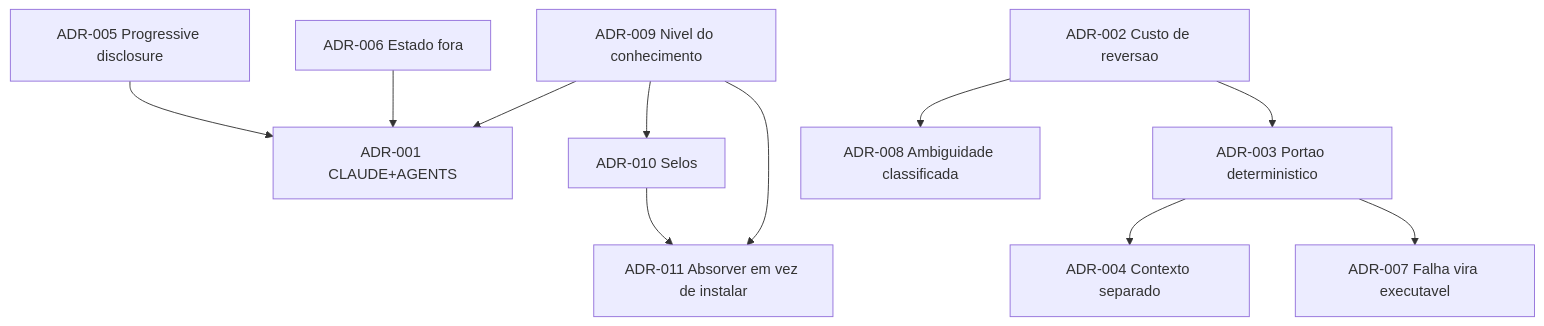
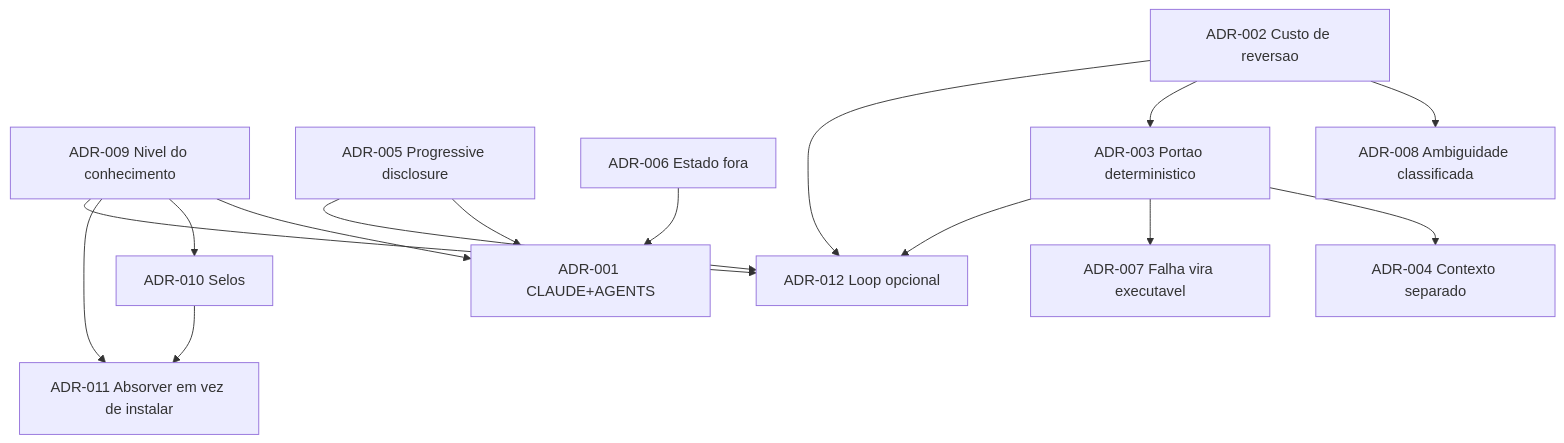
One commit to Brian5m1th/agent-foundation-kit changed the diagram in kb/11-adrs.md. Above: the diagram before and after it, drawn with Mermaid. The commit also changed other lines of this file and 53 other files, not shown here.

````diff
--- a/kb/11-adrs.md
+++ b/kb/11-adrs.md
@@ -281,13 +313,17 @@
 ```mermaid
 graph TD
     A9[ADR-009 Nivel do conhecimento] --> A1[ADR-001 CLAUDE+AGENTS]
     A9 --> A10[ADR-010 Selos]
     A5[ADR-005 Progressive disclosure] --> A1
     A6[ADR-006 Estado fora] --> A1
     A2[ADR-002 Custo de reversao] --> A8[ADR-008 Ambiguidade classificada]
     A3[ADR-003 Portao deterministico] --> A4[ADR-004 Contexto separado]
     A3 --> A7[ADR-007 Falha vira executavel]
     A2 --> A3
     A9 --> A11[ADR-011 Absorver em vez de instalar]
     A10 --> A11
+    A2 --> A12[ADR-012 Loop opcional]
+    A3 --> A12
+    A5 --> A12
+    A9 --> A12
 ```
````
